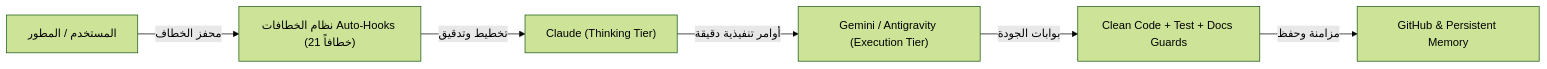
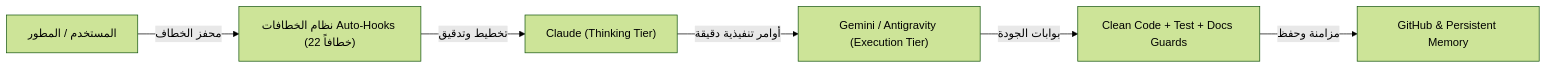
One commit to ibrahimalkateb965-tech/Claude-Antigravity-Workspace changed the diagram in PROJECT_CONTEXT.md. Above: the diagram before and after it, drawn with Mermaid (forest theme). The commit also changed other lines of this file, not shown here.

````diff
--- a/PROJECT_CONTEXT.md
+++ b/PROJECT_CONTEXT.md
@@ -91,8 +95,8 @@
 ```mermaid
 flowchart LR
-    A["المستخدم / المطور"] -->|محفز الخطاف| B["نظام الخطافات Auto-Hooks (21 خطافاً)"]
+    A["المستخدم / المطور"] -->|محفز الخطاف| B["نظام الخطافات Auto-Hooks (22 خطافاً)"]
     B -->|تخطيط وتدقيق| C["Claude (Thinking Tier)"]
     C -->|أوامر تنفيذية دقيقة| D["Gemini / Antigravity (Execution Tier)"]
     D -->|بوابات الجودة| E["Clean Code + Test + Docs Guards"]
     E -->|مزامنة وحفظ| F["GitHub & Persistent Memory"]
 ```
````
